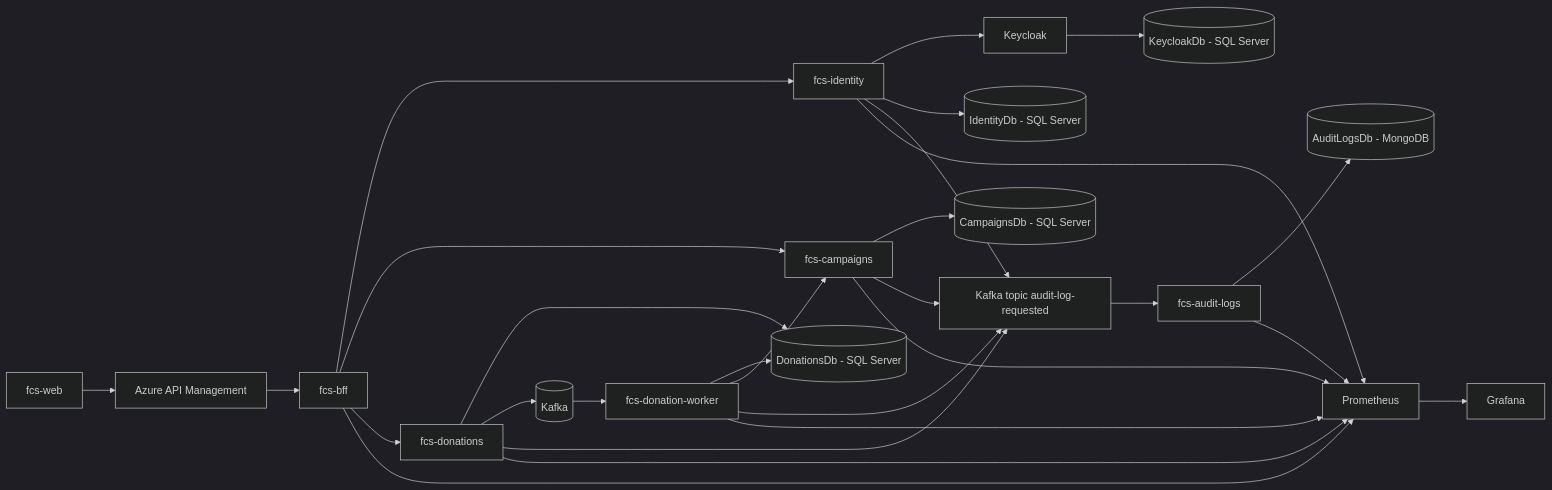
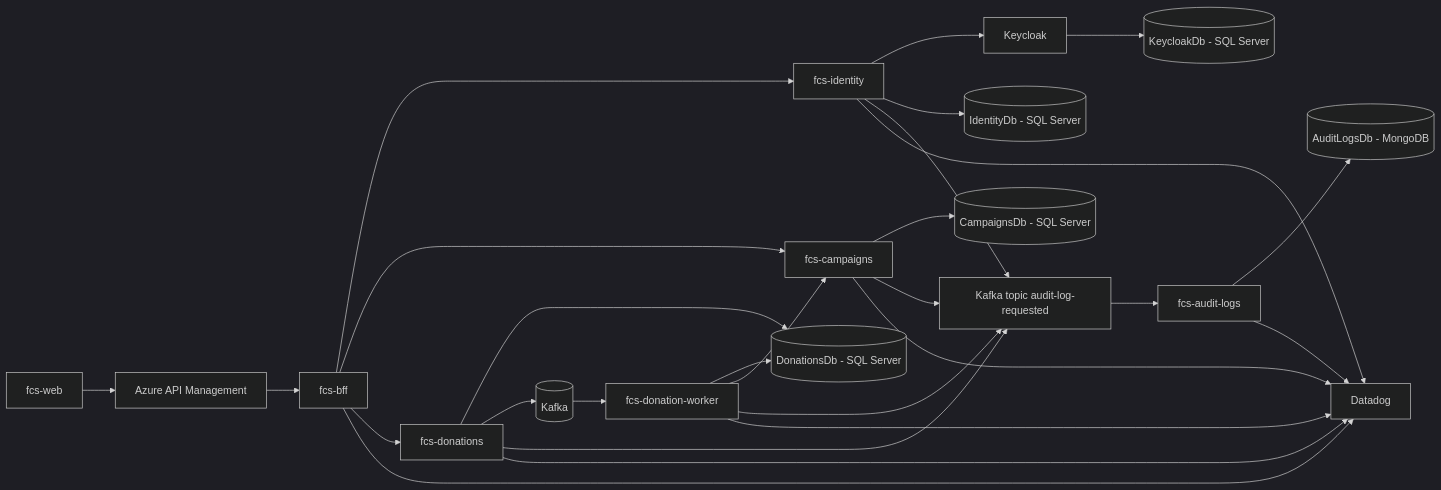
Before and after one commit to group10-tc-01/fcs-fase05-docs: the diagram in README.md, drawn with Mermaid (dark theme). The commit also changed other lines of this file and 8 other files, not shown here.

````diff
--- a/README.md
+++ b/README.md
@@ -573,36 +573,36 @@
 ```mermaid
 flowchart LR
     Web[fcs-web] --> APIM[Azure API Management]
     APIM --> Bff[fcs-bff]
     Bff --> Identity[fcs-identity]
     Bff --> Campaigns[fcs-campaigns]
     Bff --> Donations[fcs-donations]
 
     Identity --> Keycloak[Keycloak]
     Keycloak --> KeycloakDb[(KeycloakDb - SQL Server)]
     Identity --> IdentityDb[(IdentityDb - SQL Server)]
 
     Campaigns --> CampaignsDb[(CampaignsDb - SQL Server)]
     Donations --> DonationsDb[(DonationsDb - SQL Server)]
 
-    Bff --> Prometheus
+    Bff --> Datadog
 
     Donations --> Kafka[(Kafka)]
     Kafka --> Worker[fcs-donation-worker]
     Worker --> DonationsDb
     Worker --> Campaigns
 
     Identity --> AuditTopic[Kafka topic audit-log-requested]
     Campaigns --> AuditTopic
     Donations --> AuditTopic
     Worker --> AuditTopic
     AuditTopic --> AuditWorker[fcs-audit-logs]
     AuditWorker --> Mongo[(AuditLogsDb - MongoDB)]
 
-    Prometheus[Prometheus] --> Grafana[Grafana]
-    Identity --> Prometheus
-    Campaigns --> Prometheus
-    Donations --> Prometheus
-    Worker --> Prometheus
-    AuditWorker --> Prometheus
+    Datadog[Datadog]
+    Identity --> Datadog
+    Campaigns --> Datadog
+    Donations --> Datadog
+    Worker --> Datadog
+    AuditWorker --> Datadog
 ```
````
